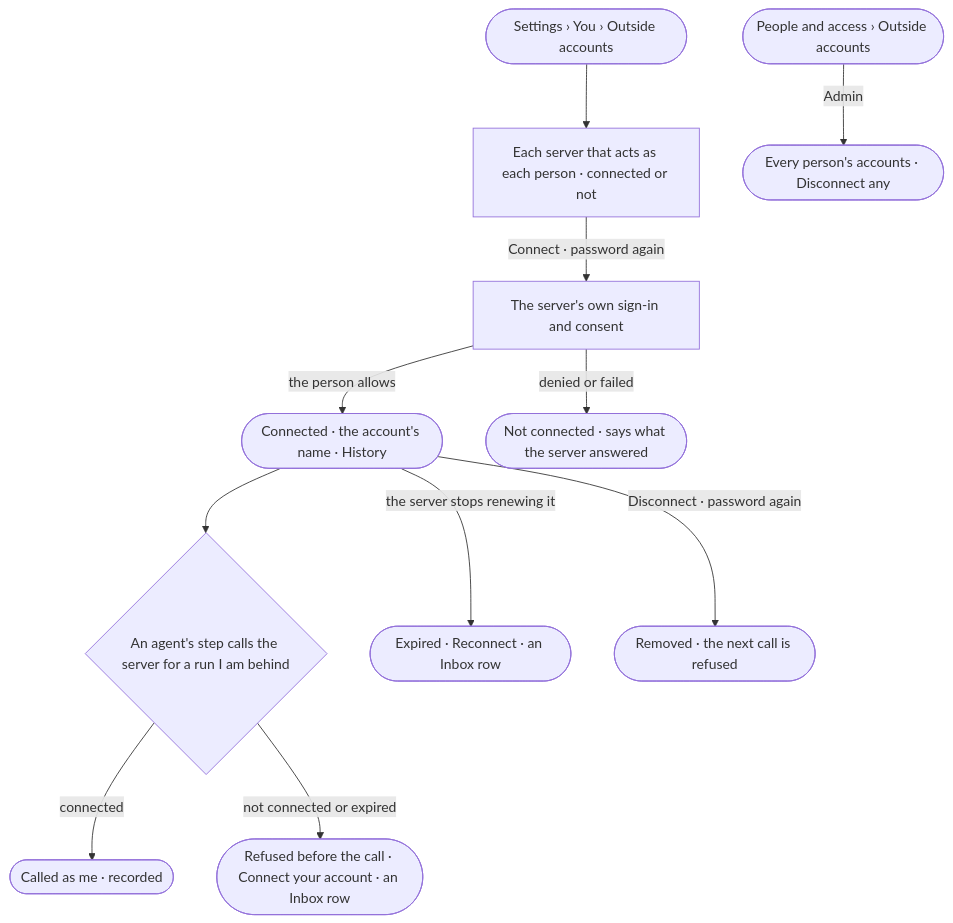
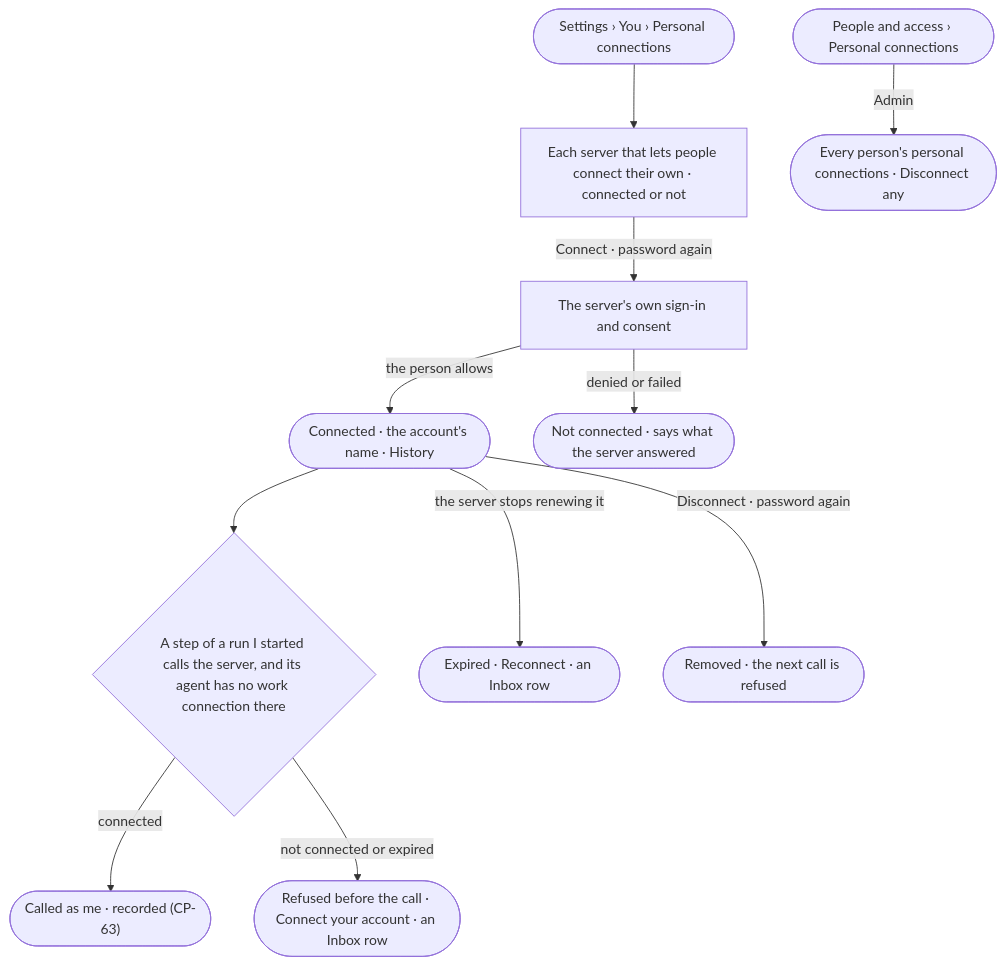
One commit to invana/invana changed the diagram in specs/os/control/features/CP-F02-plugins-and-outside-tools/stories/CP-43-connect-my-own-account-to-an-outside-server/story.md. Above: the diagram before and after it, drawn with Mermaid. The commit also changed other lines of this file and 300 other files, not shown here.

First line of the commit message:
feat(specs-work-and-access): P02–P07 · Moves through the Sweep

````diff
--- a/specs/os/control/features/CP-F02-plugins-and-outside-tools/stories/CP-43-connect-my-own-account-to-an-outside-server/story.md
+++ b/specs/os/control/features/CP-F02-plugins-and-outside-tools/stories/CP-43-connect-my-own-account-to-an-outside-server/story.md
@@ -27,13 +29,13 @@
 ```mermaid
 flowchart TD
-  s([Settings › You › Outside accounts]) --> l["Each server that acts as each person · connected or not"]
+  s([Settings › You › Personal connections]) --> l["Each server that lets people connect their own · connected or not"]
   l -->|Connect · password again| go["The server's own sign-in and consent"]
   go -->|the person allows| ok(["Connected · the account's name · History"])
   go -->|denied or failed| nf(["Not connected · says what the server answered"])
-  ok --> use{"An agent's step calls the server for a run I am behind"}
-  use -->|connected| call(["Called as me · recorded"])
+  ok --> use{"A step of a run I started calls the server, and its agent has no work connection there"}
+  use -->|connected| call(["Called as me · recorded (CP-63)"])
   use -->|not connected or expired| ref(["Refused before the call · Connect your account · an Inbox row"])
   ok -->|the server stops renewing it| exp(["Expired · Reconnect · an Inbox row"])
   ok -->|Disconnect · password again| dc(["Removed · the next call is refused"])
-  a([People and access › Outside accounts]) -->|Admin| all(["Every person's accounts · Disconnect any"])
+  a([People and access › Personal connections]) -->|Admin| all(["Every person's personal connections · Disconnect any"])
 ```
````
